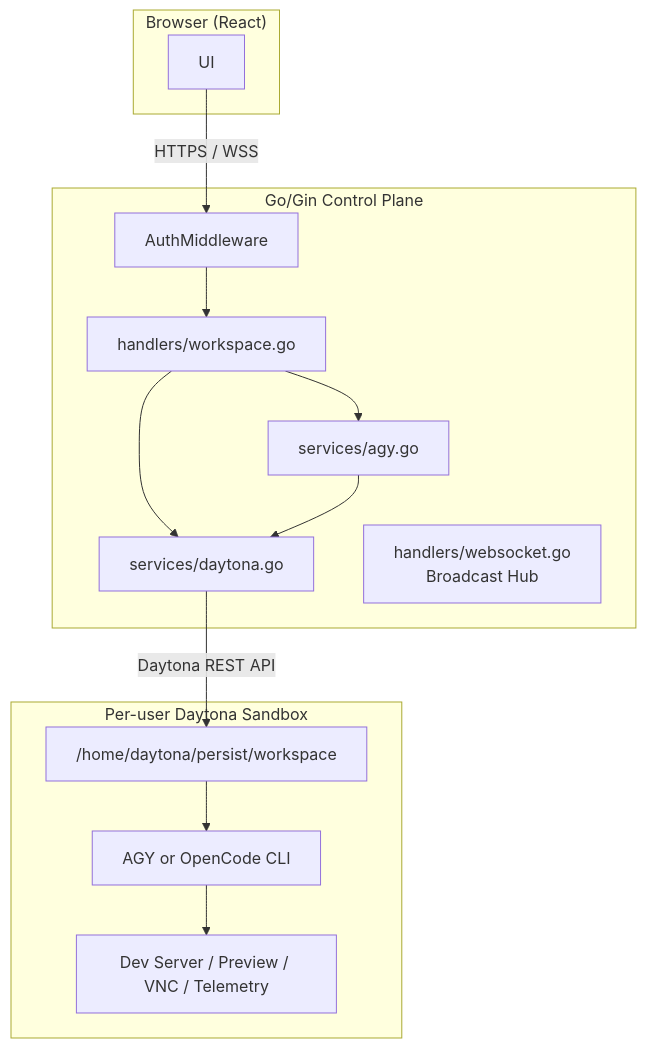
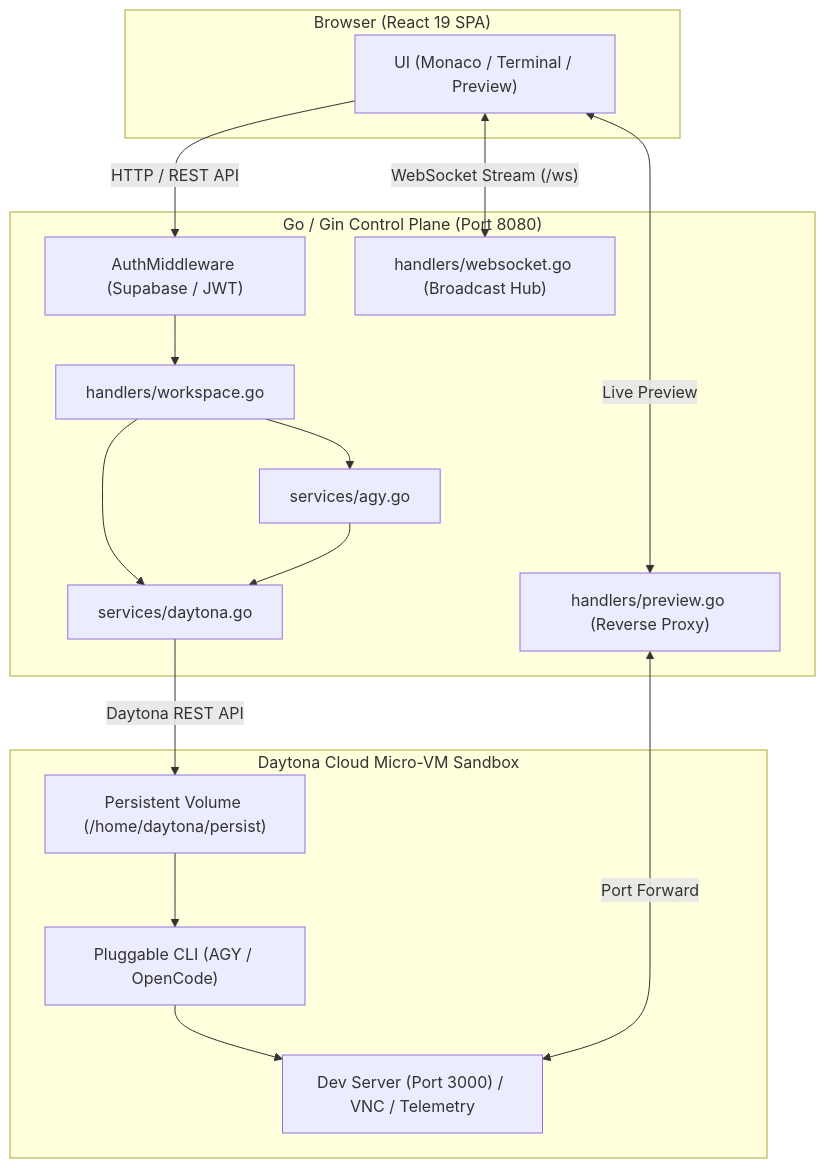
The first of 4 diagrams in system_design.md (aksri648/antigravity-ui), drawn with Mermaid before and after one commit. The commit also changed other lines of this file and 4 other files, not shown here.

Commit message:
feat: replace all static raster images with live Mermaid.js vector diagrams across landing page, showcase, and system design docs

````diff
--- a/system_design.md
+++ b/system_design.md
@@ -9,29 +9,34 @@
 ```mermaid
 flowchart TD
-    subgraph Browser["Browser (React)"]
-        UI[UI]
+    subgraph Browser["Browser (React 19 SPA)"]
+        UI["UI (Monaco / Terminal / Preview)"]
     end
 
-    subgraph ControlPlane["Go/Gin Control Plane"]
-        AuthMW[AuthMiddleware]
-        WorkspaceH[handlers/workspace.go]
-        AGYSvc[services/agy.go]
-        DaytonaSvc[services/daytona.go]
-        WSHub[handlers/websocket.go<br/>Broadcast Hub]
+    subgraph ControlPlane["Go / Gin Control Plane (Port 8080)"]
+        AuthMW["AuthMiddleware (Supabase / JWT)"]
+        WorkspaceH["handlers/workspace.go"]
+        AGYSvc["services/agy.go"]
+        DaytonaSvc["services/daytona.go"]
+        WSHub["handlers/websocket.go (Broadcast Hub)"]
+        Proxy["handlers/preview.go (Reverse Proxy)"]
     end
 
-    subgraph Sandbox["Per-user Daytona Sandbox"]
-        Persist["/home/daytona/persist/workspace"]
-        CLI[AGY or OpenCode CLI]
-        Runtime[Dev Server / Preview / VNC / Telemetry]
+    subgraph Sandbox["Daytona Cloud Micro-VM Sandbox"]
+        Persist["Persistent Volume (/home/daytona/persist)"]
+        CLI["Pluggable CLI (AGY / OpenCode)"]
+        Runtime["Dev Server (Port 3000) / VNC / Telemetry"]
     end
 
-    UI -- "HTTPS / WSS" --> AuthMW
+    UI -->|"HTTP / REST API"| AuthMW
+    UI <-->|"WebSocket Stream (/ws)"| WSHub
+    UI <-->|"Live Preview"| Proxy
+    
     AuthMW --> WorkspaceH
     WorkspaceH --> AGYSvc
     WorkspaceH --> DaytonaSvc
     AGYSvc --> DaytonaSvc
-    DaytonaSvc -- "Daytona REST API" --> Persist
+    DaytonaSvc -->|"Daytona REST API"| Persist
     Persist --> CLI
     CLI --> Runtime
+    Proxy <-->|"Port Forward"| Runtime
 ```
````
